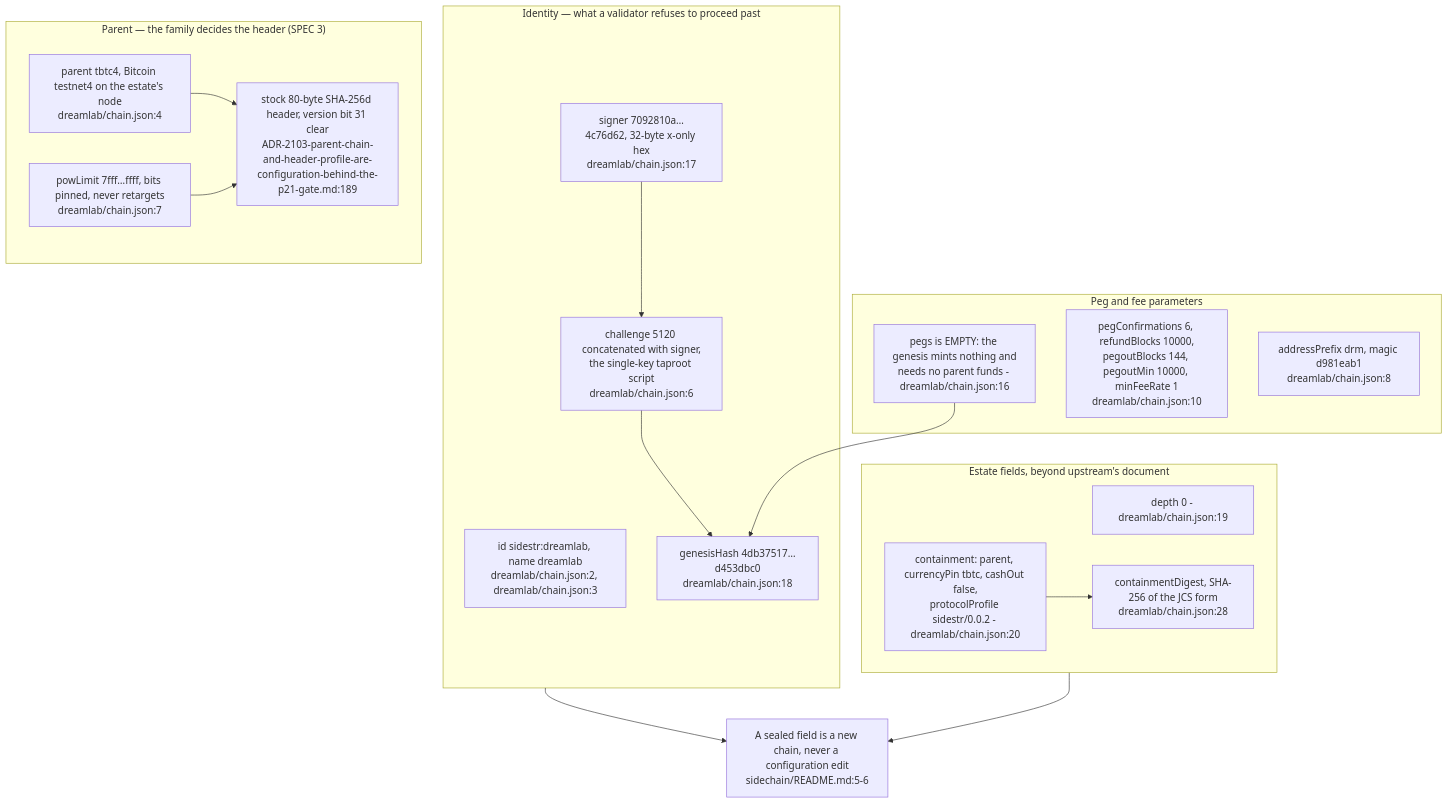
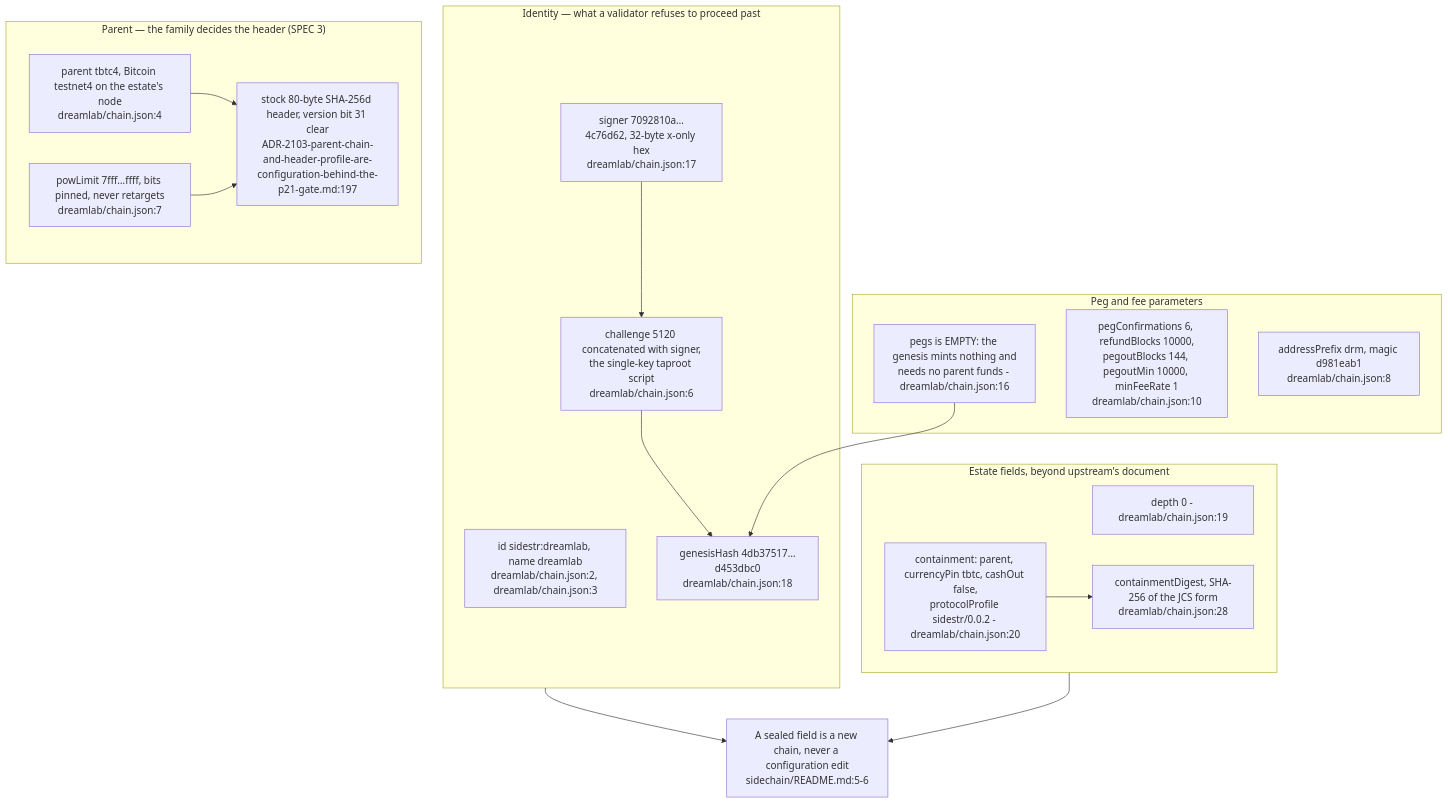
Before and after one commit to DreamLab-AI/VisionFlow: the first of 5 diagrams in docs/diagrams/agentbox/32-sidechain-root-seal.md, drawn with Mermaid. The commit also changed other lines of this file and 94 other files, not shown here.

First line of the commit message:
docs(diagrams): re-verify 130 topics against 2 October HEADs

````diff
--- a/docs/diagrams/agentbox/32-sidechain-root-seal.md
+++ b/docs/diagrams/agentbox/32-sidechain-root-seal.md
@@ -33,32 +33,32 @@
 ```mermaid
 flowchart TB
     subgraph identity["Identity — what a validator refuses to proceed past"]
         ID["id sidestr:dreamlab, name dreamlab<br/>dreamlab/chain.json:2, dreamlab/chain.json:3"]
         GEN["genesisHash 4db37517…d453dbc0<br/>dreamlab/chain.json:18"]
         SIG["signer 7092810a…4c76d62, 32-byte x-only hex<br/>dreamlab/chain.json:17"]
         CH["challenge 5120 concatenated with signer,<br/>the single-key taproot script<br/>dreamlab/chain.json:6"]
     end
     subgraph parent["Parent — the family decides the header (SPEC 3)"]
         P["parent tbtc4, Bitcoin testnet4 on the estate's node<br/>dreamlab/chain.json:4"]
         PL["powLimit 7fff…ffff, bits pinned, never retargets<br/>dreamlab/chain.json:7"]
-        PF["stock 80-byte SHA-256d header, version bit 31 clear<br/>ADR-2103-parent-chain-and-header-profile-are-configuration-behind-the-p21-gate.md:189"]
+        PF["stock 80-byte SHA-256d header, version bit 31 clear<br/>ADR-2103-parent-chain-and-header-profile-are-configuration-behind-the-p21-gate.md:197"]
     end
     subgraph econ["Peg and fee parameters"]
         PEGS["pegs is EMPTY: the genesis mints nothing and<br/>needs no parent funds - dreamlab/chain.json:16"]
         PC["pegConfirmations 6, refundBlocks 10000,<br/>pegoutBlocks 144, pegoutMin 10000, minFeeRate 1<br/>dreamlab/chain.json:10"]
         PX["addressPrefix drm, magic d981eab1<br/>dreamlab/chain.json:8"]
     end
     subgraph estate["Estate fields, beyond upstream's document"]
         D["depth 0 - dreamlab/chain.json:19"]
         C["containment: parent, currencyPin tbtc, cashOut false,<br/>protocolProfile sidestr/0.0.2 - dreamlab/chain.json:20"]
         CD["containmentDigest, SHA-256 of the JCS form<br/>dreamlab/chain.json:28"]
     end
     SIG --> CH
     CH --> GEN
     P --> PF
     PL --> PF
     PEGS --> GEN
     C --> CD
     identity --> RULE["A sealed field is a new chain, never a configuration edit<br/>sidechain/README.md:5-6"]
     estate --> RULE
 ```
````
